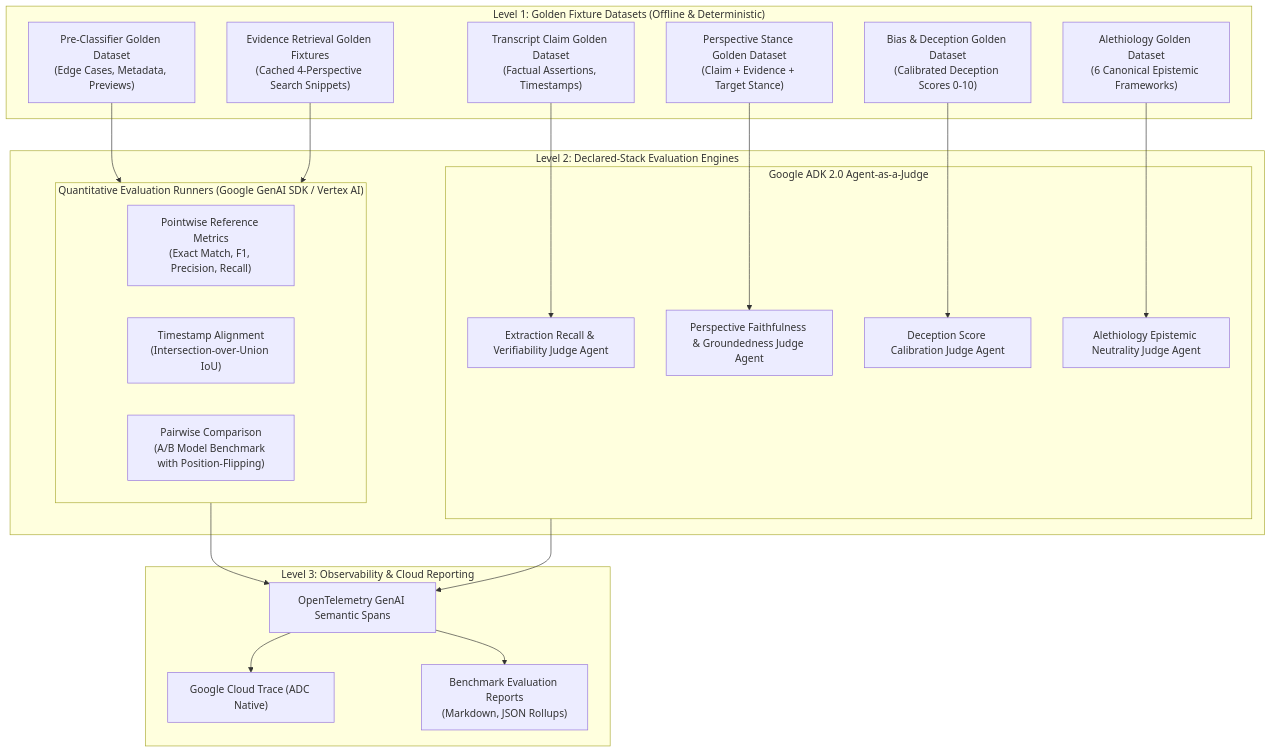
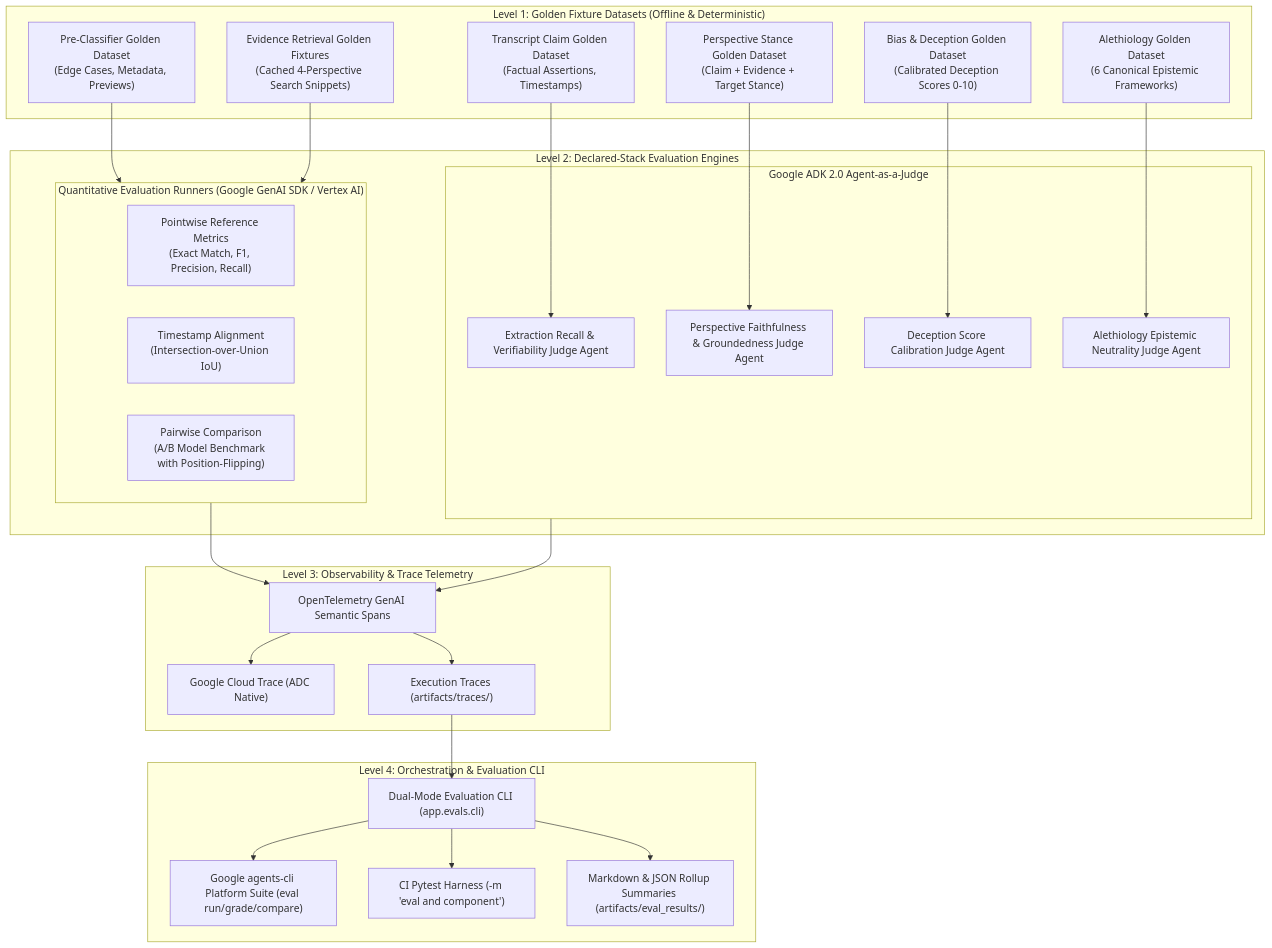
Before and after one commit to JAaron93/PerspectivePrism: the first of 3 diagrams in docs/component-evaluation-spec/design.md, drawn with Mermaid. The commit also changed other lines of this file and 2 other files, not shown here.

Commit message:
docs(spec): integrate agents-cli hybrid orchestration into Track 6 evaluation spec

````diff
--- a/docs/component-evaluation-spec/design.md
+++ b/docs/component-evaluation-spec/design.md
@@ -24,44 +25,55 @@
 ```mermaid
 flowchart TD
     subgraph Level1 ["Level 1: Golden Fixture Datasets (Offline & Deterministic)"]
         D1["Pre-Classifier Golden Dataset\n(Edge Cases, Metadata, Previews)"]
         D2["Transcript Claim Golden Dataset\n(Factual Assertions, Timestamps)"]
         D3["Evidence Retrieval Golden Fixtures\n(Cached 4-Perspective Search Snippets)"]
         D4["Perspective Stance Golden Dataset\n(Claim + Evidence + Target Stance)"]
         D5["Bias & Deception Golden Dataset\n(Calibrated Deception Scores 0-10)"]
         D6["Alethiology Golden Dataset\n(6 Canonical Epistemic Frameworks)"]
     end
 
     subgraph Level2 ["Level 2: Declared-Stack Evaluation Engines"]
         subgraph EngineQuantitative ["Quantitative Evaluation Runners (Google GenAI SDK / Vertex AI)"]
             V1["Pointwise Reference Metrics\n(Exact Match, F1, Precision, Recall)"]
             V2["Timestamp Alignment\n(Intersection-over-Union IoU)"]
             V3["Pairwise Comparison\n(A/B Model Benchmark with Position-Flipping)"]
         end
         
         subgraph EngineADK ["Google ADK 2.0 Agent-as-a-Judge"]
             A1["Extraction Recall & Verifiability Judge Agent"]
             A2["Perspective Faithfulness & Groundedness Judge Agent"]
             A3["Deception Score Calibration Judge Agent"]
             A4["Alethiology Epistemic Neutrality Judge Agent"]
         end
     end
 
-    subgraph Level3 ["Level 3: Observability & Cloud Reporting"]
+    subgraph Level3 ["Level 3: Observability & Trace Telemetry"]
         O1["OpenTelemetry GenAI Semantic Spans"]
         O2["Google Cloud Trace (ADC Native)"]
-        O3["Benchmark Evaluation Reports\n(Markdown, JSON Rollups)"]
+        O3["Execution Traces (artifacts/traces/)"]
+    end
+
+    subgraph Level4 ["Level 4: Orchestration & Evaluation CLI"]
+        C1["Dual-Mode Evaluation CLI (app.evals.cli)"]
+        C2["Google agents-cli Platform Suite (eval run/grade/compare)"]
+        C3["CI Pytest Harness (-m 'eval and component')"]
+        C4["Markdown & JSON Rollup Summaries (artifacts/eval_results/)"]
     end
 
     D1 --> EngineQuantitative
     D2 --> A1
     D3 --> EngineQuantitative
     D4 --> A2
     D5 --> A3
     D6 --> A4
 
     EngineQuantitative --> O1
     EngineADK --> O1
     O1 --> O2
     O1 --> O3
+    O3 --> C1
+    C1 --> C2
+    C1 --> C3
+    C1 --> C4
 ```
````
